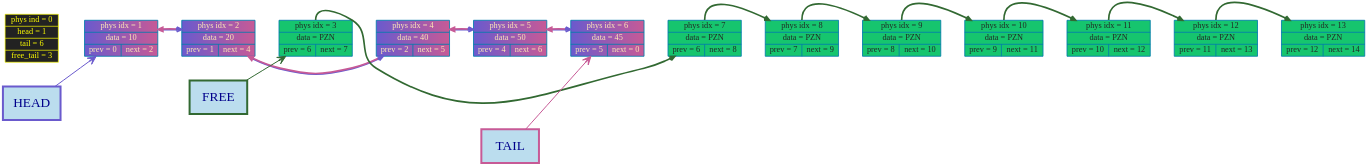
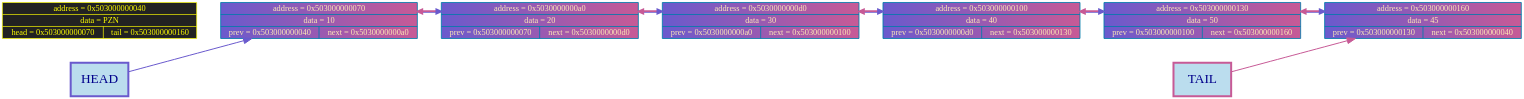
One commit to timoko3/list changed the diagram in graphDumps/graphDump.dot. Above: the diagram before and after it, drawn with Graphviz. The commit also changed 16 other files, not shown here.

```diff
--- a/graphDumps/graphDump.dot
+++ b/graphDumps/graphDump.dot
@@ -1,68 +1,34 @@
 digraph G {
 rankdir=LR
 bgcolor="transparent"
 nodesep = 1;
 ranksep = 1
 	node [shape=record, style="filled", fillcolor="#FFA089", fontcolor="black", color="#007CAD", penwidth=2.5, fontname="Tahoma", fontsize=25];
 
-edge [color="#2d714f", arrowsize=1, penwidth=5, arrowhead="vee", style="bold"];
-node0 [label="phys ind = 0 | head = 1 | tail = 6 | free_tail = 3", shape=record, style="filled", fillcolor="#222222", fontcolor="yellow", color="yellow", penwidth=2];
-	node1 [label="phys idx = 1 | data = 10 | {prev = 0 | next = 2} "];
-	node2 [label="phys idx = 2 | data = 20 | {prev = 1 | next = 4} "];
-	node3 [label="phys idx = 3 | data = PZN | {prev = 6 | next = 7} "];
-	node4 [label="phys idx = 4 | data = 40 | {prev = 2 | next = 5} "];
-	node5 [label="phys idx = 5 | data = 50 | {prev = 4 | next = 6} "];
-	node6 [label="phys idx = 6 | data = 45 | {prev = 5 | next = 0} "];
-	node7 [label="phys idx = 7 | data = PZN | {prev = 6 | next = 8} "];
-	node8 [label="phys idx = 8 | data = PZN | {prev = 7 | next = 9} "];
-	node9 [label="phys idx = 9 | data = PZN | {prev = 8 | next = 10} "];
-	node10 [label="phys idx = 10 | data = PZN | {prev = 9 | next = 11} "];
-	node11 [label="phys idx = 11 | data = PZN | {prev = 10 | next = 12} "];
-	node12 [label="phys idx = 12 | data = PZN | {prev = 11 | next = 13} "];
-	node13 [label="phys idx = 13 | data = PZN | {prev = 12 | next = 14} "];
+node64 [label="address = 0x503000000040 | data = PZN | {head = 0x503000000070 | tail = 0x503000000160} ", shape=record, style="filled", fillcolor="#222222", fontcolor="yellow", color="yellow", penwidth=2];
+	node112 [label="address = 0x503000000070 | data = 10 | {prev = 0x503000000040 | next = 0x5030000000a0} "];
+	node160 [label="address = 0x5030000000a0 | data = 20 | {prev = 0x503000000070 | next = 0x5030000000d0} "];
+	node208 [label="address = 0x5030000000d0 | data = 30 | {prev = 0x5030000000a0 | next = 0x503000000100} "];
+	node256 [label="address = 0x503000000100 | data = 40 | {prev = 0x5030000000d0 | next = 0x503000000130} "];
+	node304 [label="address = 0x503000000130 | data = 50 | {prev = 0x503000000100 | next = 0x503000000160} "];
+	node352 [label="address = 0x503000000160 | data = 45 | {prev = 0x503000000130 | next = 0x503000000040} "];
 
 head_label      [shape=box, width = 2.4, height = 1.4, label="HEAD", style="filled", fillcolor="#BBDDEE", color="#6A5ACD", penwidth = 6,  fontcolor="darkblue", fontsize = 40];
 tail_label      [shape=box, width = 2.4, height = 1.4, label="TAIL", style="filled", fillcolor="#BBDDEE", color="#c75a96ff", penwidth = 6,  fontcolor="darkblue", fontsize = 40];
-free_head_label [shape=box, width = 2.4, height = 1.4, label="FREE", style="filled", fillcolor="#BBDDEE", color="#326932", penwidth = 6,  fontcolor="darkblue", fontsize = 40];
-head_label      -> node1 [color="#6A5ACD"  , arrowsize=2.5, penwidth=3];
-tail_label      -> node6 [color="#c75a96ff"  , arrowsize=2.5, penwidth=3];
-free_head_label -> node3 [color="#326932"  , arrowsize=2.5, penwidth=3];
-node0 -> node1[style=invis, weight = 100000];
-	node1 -> node2 -> node3 -> node4 -> node5 -> node6 -> node7 -> node8 -> node9 -> node10 -> node11 -> node12 -> node13[style=invis, weight=1000000];
-	node1 [fillcolor = "#6A5ACD:#c75a96ff", fontcolor = "#ffe9b5ff"]
-node2 [fillcolor = "#c75a96ff:#c75a96ff", fontcolor = "#ffe9b5ff"]
-node1 -> node2[color="#6A5ACD:#c75a96ff", arrowsize=1.5, penwidth=5, weight=1000, constraint=false, dir = both];
-node2 [fillcolor = "#6A5ACD:#c75a96ff", fontcolor = "#ffe9b5ff"]
-node4 [fillcolor = "#c75a96ff:#c75a96ff", fontcolor = "#ffe9b5ff"]
-node2 -> node4[color="#6A5ACD:#c75a96ff", arrowsize=1.5, penwidth=5, weight=1000, constraint=false, dir = both];
-node3 [fillcolor = "#16c56eff", fontcolor = "#222926ff"]
-node7 [fillcolor = "#16c56eff", fontcolor = "#222926ff"]
-node3 -> node7[color="#326932", arrowsize=1.5, penwidth=5, weight=1000, constraint=false, tailport = n];
-node4 [fillcolor = "#6A5ACD:#c75a96ff", fontcolor = "#ffe9b5ff"]
-node5 [fillcolor = "#c75a96ff:#c75a96ff", fontcolor = "#ffe9b5ff"]
-node4 -> node5[color="#6A5ACD:#c75a96ff", arrowsize=1.5, penwidth=5, weight=1000, constraint=false, dir = both];
-node5 [fillcolor = "#6A5ACD:#c75a96ff", fontcolor = "#ffe9b5ff"]
-node6 [fillcolor = "#c75a96ff:#c75a96ff", fontcolor = "#ffe9b5ff"]
-node5 -> node6[color="#6A5ACD:#c75a96ff", arrowsize=1.5, penwidth=5, weight=1000, constraint=false, dir = both];
-node6 [fillcolor = "#6A5ACD:#c75a96ff", fontcolor = "#ffe9b5ff"]
-node7 [fillcolor = "#16c56eff", fontcolor = "#222926ff"]
-node8 [fillcolor = "#16c56eff", fontcolor = "#222926ff"]
-node7 -> node8[color="#326932", arrowsize=1.5, penwidth=5, weight=1000, constraint=false, tailport = n];
-node8 [fillcolor = "#16c56eff", fontcolor = "#222926ff"]
-node9 [fillcolor = "#16c56eff", fontcolor = "#222926ff"]
-node8 -> node9[color="#326932", arrowsize=1.5, penwidth=5, weight=1000, constraint=false, tailport = n];
-node9 [fillcolor = "#16c56eff", fontcolor = "#222926ff"]
-node10 [fillcolor = "#16c56eff", fontcolor = "#222926ff"]
-node9 -> node10[color="#326932", arrowsize=1.5, penwidth=5, weight=1000, constraint=false, tailport = n];
-node10 [fillcolor = "#16c56eff", fontcolor = "#222926ff"]
-node11 [fillcolor = "#16c56eff", fontcolor = "#222926ff"]
-node10 -> node11[color="#326932", arrowsize=1.5, penwidth=5, weight=1000, constraint=false, tailport = n];
-node11 [fillcolor = "#16c56eff", fontcolor = "#222926ff"]
-node12 [fillcolor = "#16c56eff", fontcolor = "#222926ff"]
-node11 -> node12[color="#326932", arrowsize=1.5, penwidth=5, weight=1000, constraint=false, tailport = n];
-node12 [fillcolor = "#16c56eff", fontcolor = "#222926ff"]
-node13 [fillcolor = "#16c56eff", fontcolor = "#222926ff"]
-node12 -> node13[color="#326932", arrowsize=1.5, penwidth=5, weight=1000, constraint=false, tailport = n];
-node13 [fillcolor = "#16c56eff", fontcolor = "#222926ff"]
+head_label      -> node112 [color="#6A5ACD"  , arrowsize=2.5, penwidth=3];
+tail_label      -> node352 [color="#c75a96ff"  , arrowsize=2.5, penwidth=3];
+	node64 -> node112[style=invis, weight = 100000];
+node112 -> node160 -> node208 -> node256 -> node304 -> node352[style=invis, weight=1000000];
+	node112 [fillcolor = "#6A5ACD:#c75a96ff", fontcolor = "#ffe9b5ff"]
+node112 -> node160[color="#6A5ACD:#c75a96ff", arrowsize=1.5, penwidth=5, weight=1000, constraint=false, dir = both];
+node160 [fillcolor = "#6A5ACD:#c75a96ff", fontcolor = "#ffe9b5ff"]
+node160 -> node208[color="#6A5ACD:#c75a96ff", arrowsize=1.5, penwidth=5, weight=1000, constraint=false, dir = both];
+node208 [fillcolor = "#6A5ACD:#c75a96ff", fontcolor = "#ffe9b5ff"]
+node208 -> node256[color="#6A5ACD:#c75a96ff", arrowsize=1.5, penwidth=5, weight=1000, constraint=false, dir = both];
+node256 [fillcolor = "#6A5ACD:#c75a96ff", fontcolor = "#ffe9b5ff"]
+node256 -> node304[color="#6A5ACD:#c75a96ff", arrowsize=1.5, penwidth=5, weight=1000, constraint=false, dir = both];
+node304 [fillcolor = "#6A5ACD:#c75a96ff", fontcolor = "#ffe9b5ff"]
+node304 -> node352[color="#6A5ACD:#c75a96ff", arrowsize=1.5, penwidth=5, weight=1000, constraint=false, dir = both];
+node352 [fillcolor = "#6A5ACD:#c75a96ff", fontcolor = "#ffe9b5ff"]
 
 }
```
